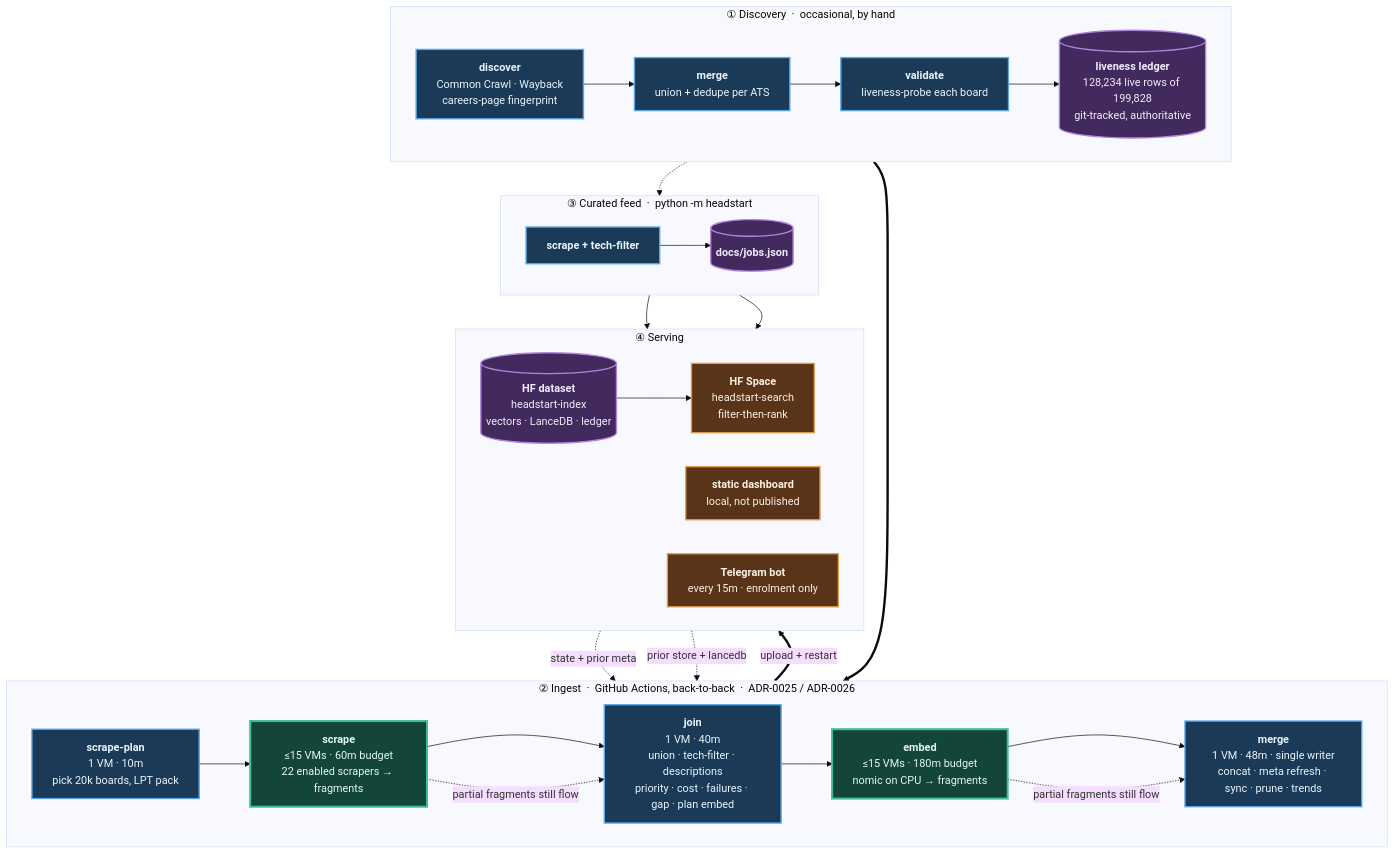
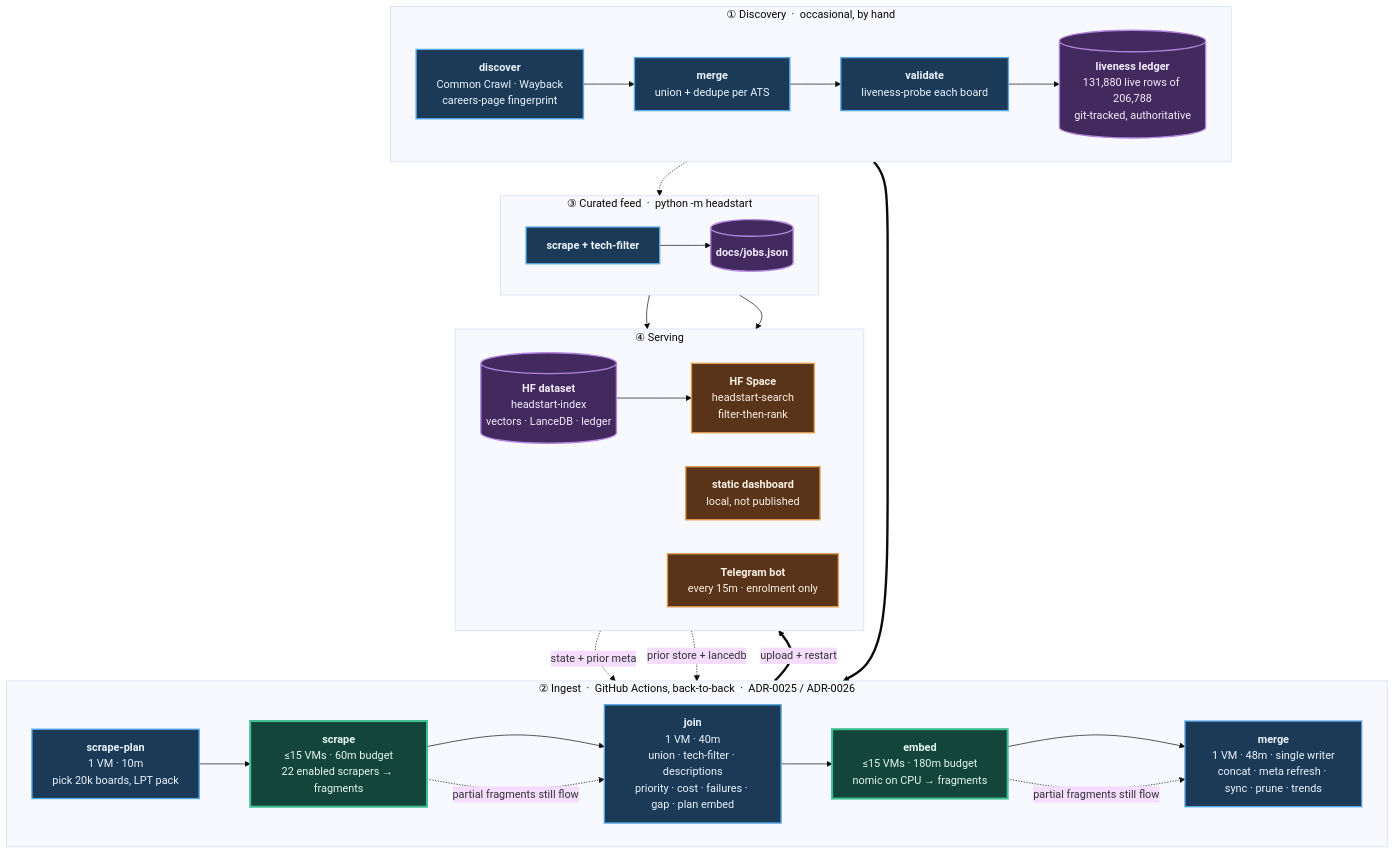
Before and after one commit to sarthakjain004/headstart: the diagram in README.md, drawn with Mermaid (base theme). The commit also changed other lines of this file and 19 other files, not shown here.

````diff
--- a/README.md
+++ b/README.md
@@ -84,56 +84,56 @@
 ```mermaid
 flowchart TB
     subgraph D["① Discovery &nbsp;·&nbsp; occasional, by hand"]
         direction LR
         D1["<b>discover</b><br/>Common Crawl · Wayback<br/>careers-page fingerprint"]
         D2["<b>merge</b><br/>union + dedupe per ATS"]
         D3["<b>validate</b><br/>liveness-probe each board"]
-        D4[("<b>liveness ledger</b><br/>128,234 live rows of 199,828<br/>git-tracked, authoritative")]
+        D4[("<b>liveness ledger</b><br/>131,880 live rows of 206,788<br/>git-tracked, authoritative")]
         D1 --> D2 --> D3 --> D4
     end
 
     subgraph P["② Ingest &nbsp;·&nbsp; GitHub Actions, back-to-back &nbsp;·&nbsp; ADR-0025 / ADR-0026"]
         direction LR
         P1["<b>scrape-plan</b><br/>1 VM · 10m<br/>pick 20k boards, LPT pack"]
         P2["<b>scrape</b><br/>≤15 VMs · 60m budget<br/>22 enabled scrapers → fragments"]
         P3["<b>join</b><br/>1 VM · 40m<br/>union · tech-filter · descriptions<br/>priority · cost · failures · gap · plan embed"]
         P4["<b>embed</b><br/>≤15 VMs · 180m budget<br/>nomic on CPU → fragments"]
         P5["<b>merge</b><br/>1 VM · 48m · single writer<br/>concat · meta refresh · sync · prune · trends"]
         P1 --> P2 --> P3 --> P4 --> P5
     end
 
     subgraph F["③ Curated feed &nbsp;·&nbsp; python -m headstart"]
         direction LR
         F1["<b>scrape + tech-filter</b>"]
         F2[("<b>docs/jobs.json</b>")]
         F1 --> F2
     end
 
     subgraph S["④ Serving"]
         direction LR
         S1[("<b>HF dataset</b><br/>headstart-index<br/>vectors · LanceDB · ledger")]
         S2["<b>HF Space</b><br/>headstart-search<br/>filter-then-rank"]
         S3["<b>static dashboard</b><br/>local, not published"]
         S4["<b>Telegram bot</b><br/>every 15m · enrolment only"]
         S1 --> S2
     end
 
     D4 ==> P1
     S1 -. "state + prior meta" .-> P1
     S1 -. "prior store + lancedb" .-> P5
     D4 -.-> F1
     P5 ==>|"upload + restart"| S1
     F2 --> S3
     F2 --> S4
     P2 -. "partial fragments still flow" .-> P3
     P4 -. "partial fragments still flow" .-> P5
 
     classDef serial fill:#1b3a57,stroke:#5aa9e6,stroke-width:2px,color:#eaf4fc
     classDef fan fill:#14453a,stroke:#3fbf8f,stroke-width:3px,color:#e4f7f0
     classDef store fill:#42295e,stroke:#b184dd,stroke-width:2px,color:#f4ecfc
     classDef serve fill:#5a3418,stroke:#e09a4f,stroke-width:2px,color:#fbf1e6
     class D1,D2,D3,P1,P3,P5,F1 serial
     class P2,P4 fan
     class D4,F2,S1 store
     class S2,S3,S4 serve
 ```
````
